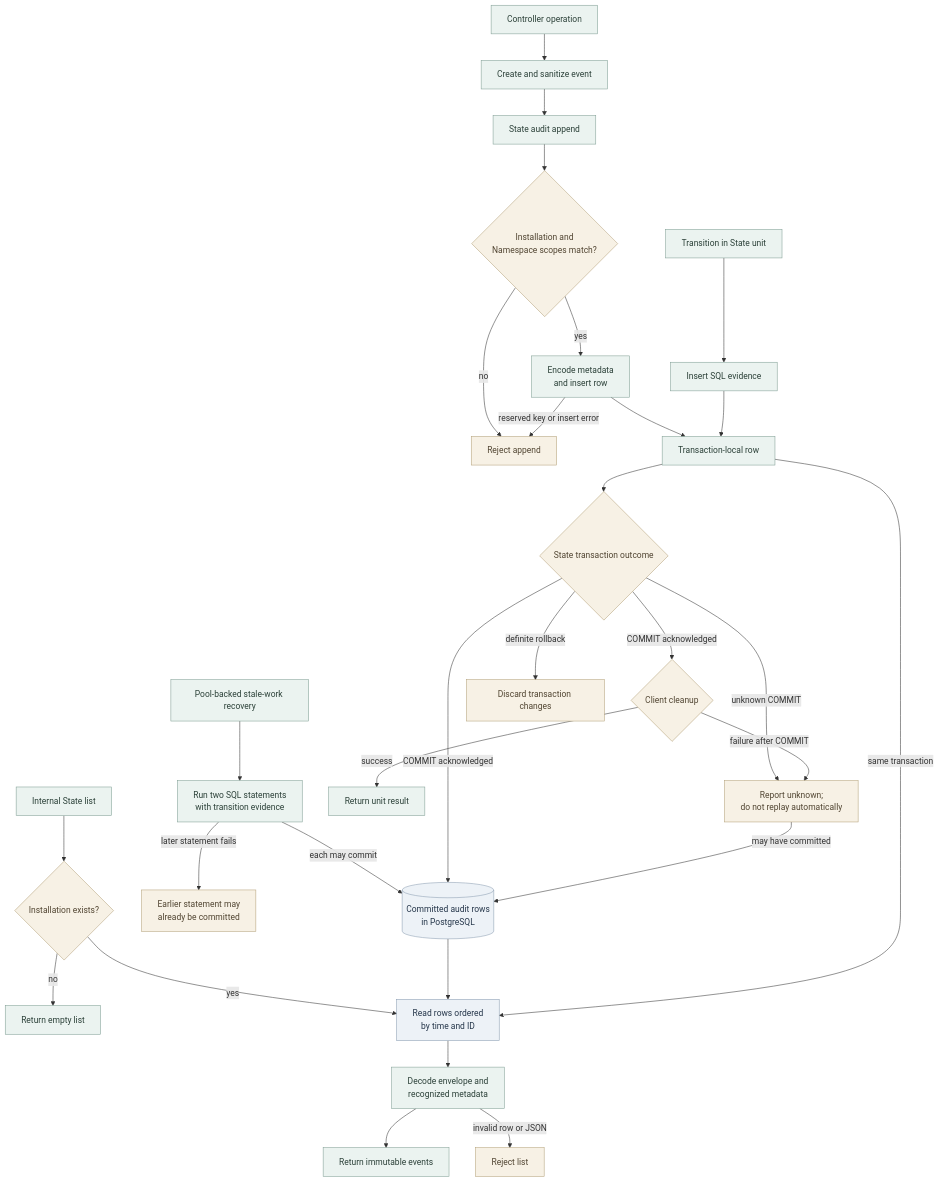
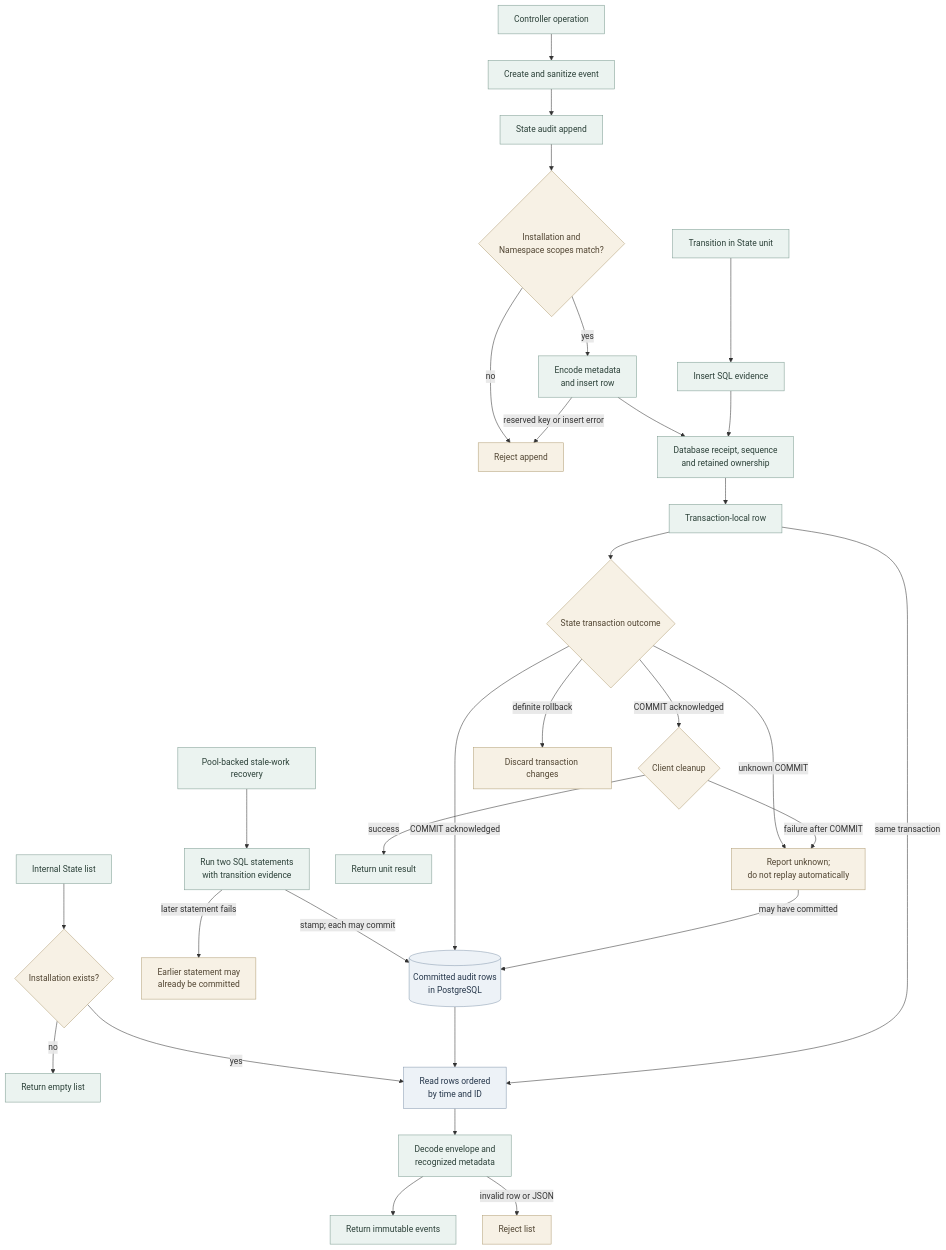
Before and after one commit to SebTardif/openclaw-enterprise: the diagram in docs/flows/audit-ledger.md, drawn with Mermaid. The commit also changed other lines of this file and 15 other files, not shown here.

````diff
--- a/docs/flows/audit-ledger.md
+++ b/docs/flows/audit-ledger.md
@@ -32,38 +32,39 @@
 ```mermaid
 graph TD
   Request["Controller operation"] --> Factory["Create and sanitize event"]
   Factory --> Append["State audit append"]
   Append --> Scope{"Installation and<br/>Namespace scopes match?"}
   Scope -->|yes| Encode["Encode metadata<br/>and insert row"]
   Scope -->|no| Reject["Reject append"]
-  Encode --> Pending["Transaction-local row"]
+  Encode --> Stamp["Database receipt, sequence<br/>and retained ownership"]
+  Stamp --> Pending["Transaction-local row"]
   Encode -->|reserved key or insert error| Reject
   Queue["Transition in State unit"] --> QueueSQL["Insert SQL evidence"]
-  QueueSQL --> Pending
+  QueueSQL --> Stamp
   DirectQueue["Pool-backed stale-work recovery"] --> DirectSQL["Run two SQL statements<br/>with transition evidence"]
-  DirectSQL -->|each may commit| Ledger
+  DirectSQL -->|stamp; each may commit| Ledger
   DirectSQL -->|later statement fails| Partial["Earlier statement may<br/>already be committed"]
   Pending --> Commit{"State transaction outcome"}
   Commit -->|COMMIT acknowledged| Ledger[("Committed audit rows<br/>in PostgreSQL")]
   Commit -->|COMMIT acknowledged| Cleanup{"Client cleanup"}
   Commit -->|definite rollback| RolledBack["Discard transaction changes"]
   Commit -->|unknown COMMIT| Unknown["Report unknown;<br/>do not replay automatically"]
   Unknown -->|may have committed| Ledger
   Cleanup -->|success| Returned["Return unit result"]
   Cleanup -->|failure after COMMIT| Unknown
   Reader["Internal State list"] --> Installation{"Installation exists?"}
   Installation -->|no| Empty["Return empty list"]
   Installation -->|yes| Rows["Read rows ordered<br/>by time and ID"]
   Ledger --> Rows
   Pending -->|same transaction| Rows
   Rows --> Decode["Decode envelope and<br/>recognized metadata"]
   Decode --> Result["Return immutable events"]
   Decode -->|invalid row or JSON| Error["Reject list"]
 
   classDef storage fill:#EDF2F7,stroke:#879AB0,color:#25364A,stroke-width:1px
   classDef operation fill:#EBF3F0,stroke:#7F9D93,color:#2B4038,stroke-width:1px
   classDef gate fill:#F7F1E5,stroke:#B3A078,color:#514532,stroke-width:1px
   class Ledger,Rows storage
-  class Request,Factory,Append,Encode,Queue,QueueSQL,DirectQueue,DirectSQL,Pending,Reader,Decode,Result,Empty,Returned operation
+  class Request,Factory,Append,Encode,Stamp,Queue,QueueSQL,DirectQueue,DirectSQL,Pending,Reader,Decode,Result,Empty,Returned operation
   class Scope,Reject,Commit,RolledBack,Unknown,Cleanup,Installation,Error,Partial gate
 ```
````
